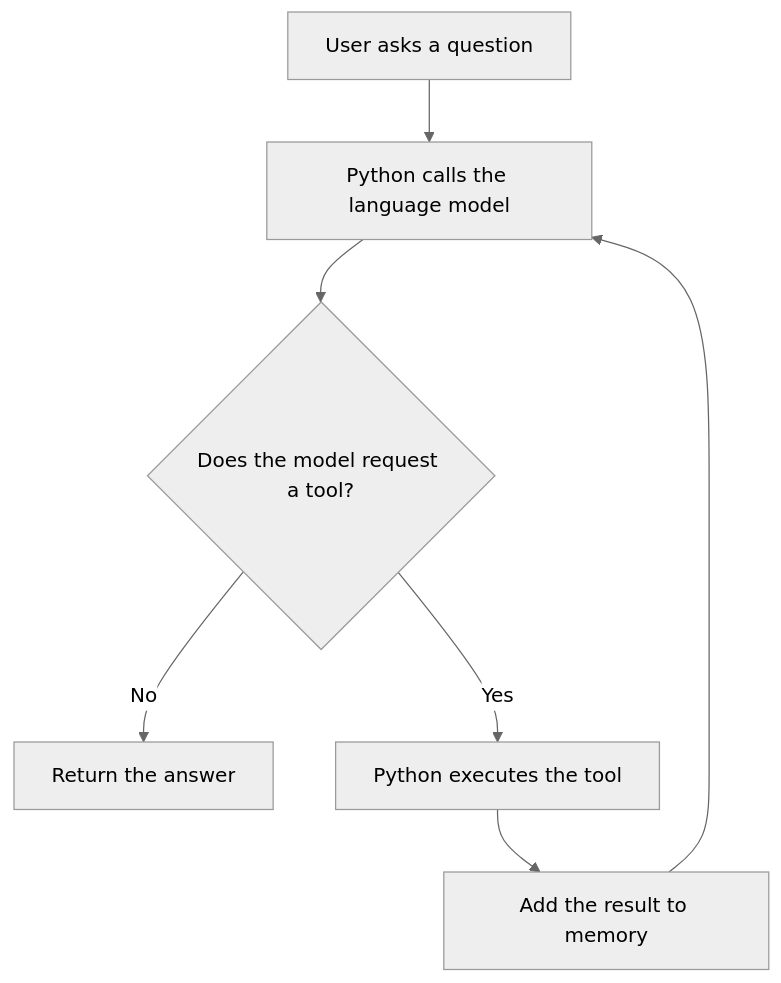
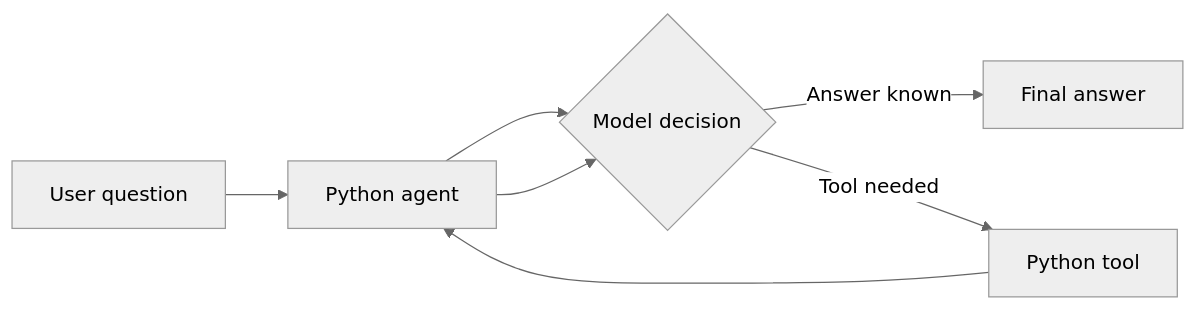
Before and after one commit to shendesuchit/learning-agentic-ai: the diagram in 01_Python_agent_basic/README.md, drawn with Mermaid (neutral theme). The commit also changed other lines of this file and 25 other files, not shown here.

````diff
--- a/01_Python_agent_basic/README.md
+++ b/01_Python_agent_basic/README.md
@@ -19,9 +13,9 @@
 ```mermaid
-flowchart TD
-    U[User asks a question] --> L[Python calls the language model]
-    L --> D{Does the model request a tool?}
-    D -- No --> A[Return the answer]
-    D -- Yes --> T[Python executes the tool]
-    T --> M[Add the result to memory]
-    M --> L
+flowchart LR
+    U[User question] --> A[Python agent]
+    A --> M{Model decision}
+    M -->|Answer known| R[Final answer]
+    M -->|Tool needed| T[Python tool]
+    T --> A
+    A --> M
 ```
````
